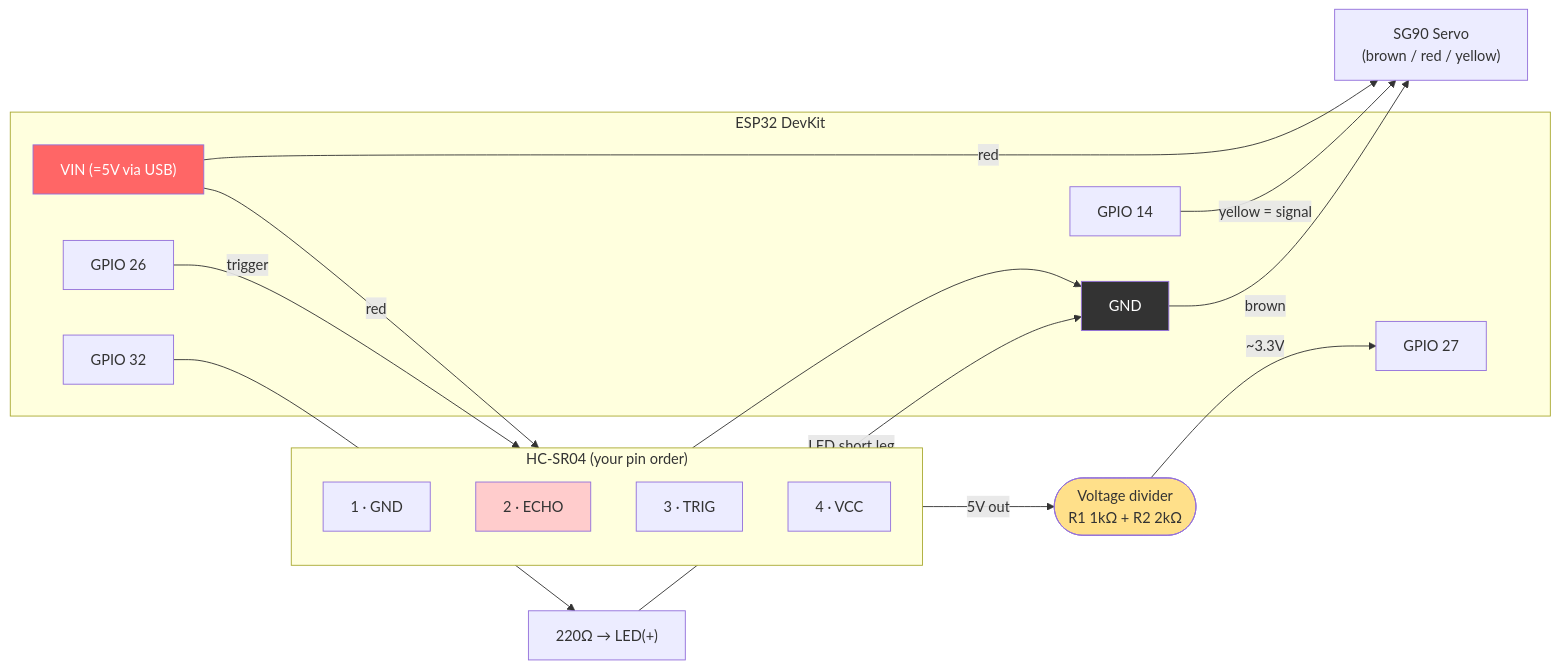
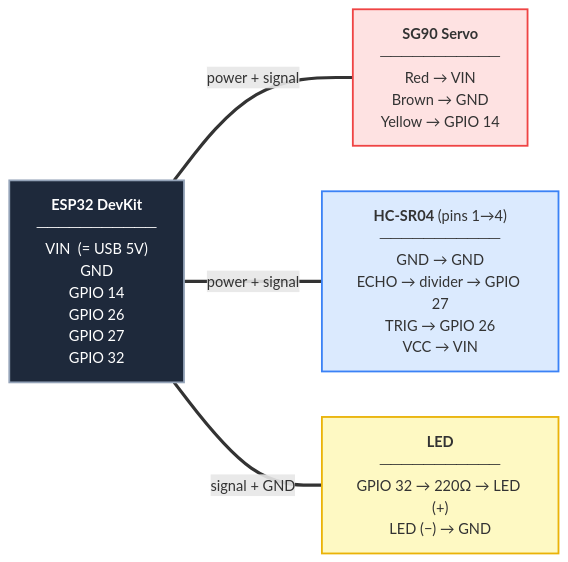
One commit to Danncode10/radar-web-dashboard changed the diagram in docs/WIRING.md. Above: the diagram before and after it, drawn with Mermaid. The commit also changed other lines of this file, not shown here.

Commit message:
Redraw wiring diagram for clarity (no overlapping wires)
Replace the multi-edge graph (where VIN/GND fan-out crossed) with
3 component boxes, each holding its pin mapping inline and a single
labeled link to the ESP32. Color-coded and overlap-free.

````diff
--- a/docs/WIRING.md
+++ b/docs/WIRING.md
@@ -26,42 +29,19 @@
 ```mermaid
-graph LR
-    subgraph ESP["ESP32 DevKit"]
-        VIN["VIN (=5V via USB)"]
-        GND["GND"]
-        G14["GPIO 14"]
-        G26["GPIO 26"]
-        G27["GPIO 27"]
-        G32["GPIO 32"]
-    end
+flowchart LR
+    ESP["<b>ESP32 DevKit</b><br/>───────────<br/>VIN &nbsp;(= USB 5V)<br/>GND<br/>GPIO 14<br/>GPIO 26<br/>GPIO 27<br/>GPIO 32"]
 
-    SERVO["SG90 Servo<br/>(brown / red / yellow)"]
+    SERVO["<b>SG90 Servo</b><br/>───────────<br/>Red → VIN<br/>Brown → GND<br/>Yellow → GPIO 14"]
 
-    subgraph HC["HC-SR04 (your pin order)"]
-        direction TB
-        SGND["1 · GND"]
-        SECHO["2 · ECHO"]
-        STRIG["3 · TRIG"]
-        SVCC["4 · VCC"]
-    end
+    SENSOR["<b>HC-SR04</b> (pins 1→4)<br/>───────────<br/>GND → GND<br/>ECHO → divider → GPIO 27<br/>TRIG → GPIO 26<br/>VCC → VIN"]
 
-    DIV(["Voltage divider<br/>R1 1kΩ + R2 2kΩ"])
-    RLED["220Ω → LED(+)"]
+    LED["<b>LED</b><br/>───────────<br/>GPIO 32 → 220Ω → LED (+)<br/>LED (−) → GND"]
 
-    VIN -->|red| SERVO
-    GND -->|brown| SERVO
-    G14 -->|yellow = signal| SERVO
+    ESP ===|power + signal| SERVO
+    ESP ===|power + signal| SENSOR
+    ESP ===|signal + GND| LED
 
-    VIN -->|red| SVCC
-    G26 -->|trigger| STRIG
-    SECHO -->|5V out| DIV
-    DIV -->|~3.3V| G27
-    SGND --> GND
-
-    G32 --> RLED
-    RLED -->|LED short leg| GND
-
-    style VIN fill:#ff6666,color:#fff
-    style GND fill:#333,color:#fff
-    style DIV fill:#ffe08a
-    style SECHO fill:#ffcccc
+    style ESP fill:#1e293b,color:#fff,stroke:#94a3b8,stroke-width:2px
+    style SERVO fill:#fee2e2,stroke:#ef4444,stroke-width:2px
+    style SENSOR fill:#dbeafe,stroke:#3b82f6,stroke-width:2px
+    style LED fill:#fef9c3,stroke:#eab308,stroke-width:2px
 ```
````
